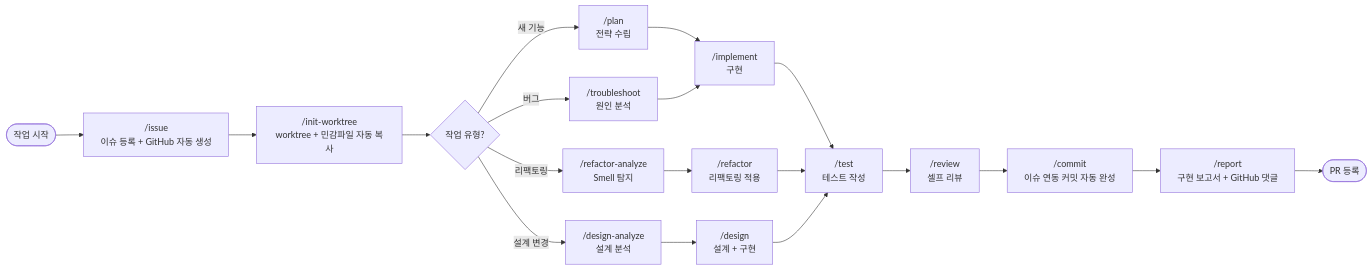
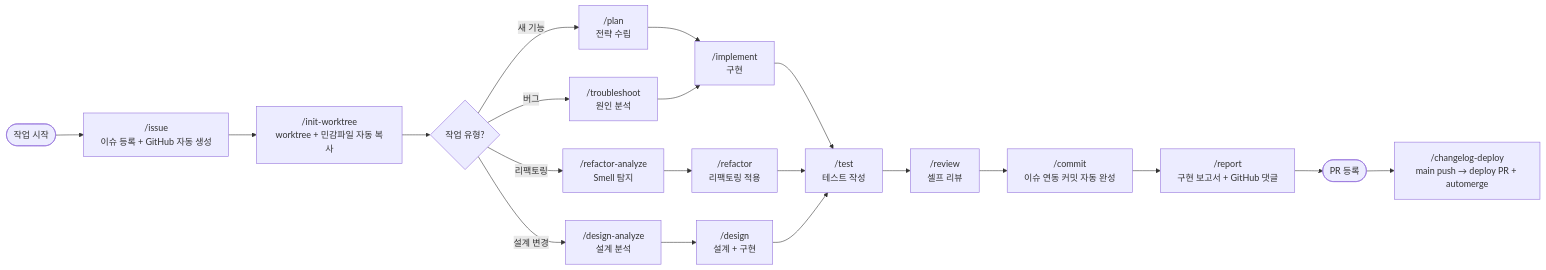
Before and after one commit to Cassiiopeia/SUH-DEVOPS-TEMPLATE: the diagram in docs/SKILLS.md, drawn with Mermaid. The commit also changed other lines of this file and 3 other files, not shown here.

Commit message:
📄[문서][README] README, SKILLS.md Skills 목록 24종으로 전면 개편 : docs : Skills 개수 24종 업데이트, changelog-deploy/github/skill-creator 누락 섹션 추가 https://github.com/Cassiiopeia/SUH-DEVOPS-TEMPLATE/issues/252

````diff
--- a/docs/SKILLS.md
+++ b/docs/SKILLS.md
@@ -377,25 +421,26 @@
 ```mermaid
 flowchart LR
     A([작업 시작]) --> B["/issue\n이슈 등록 + GitHub 자동 생성"]
     B --> C["/init-worktree\nworktree + 민감파일 자동 복사"]
     C --> D{작업 유형?}
 
     D -->|새 기능| E1["/plan\n전략 수립"]
     D -->|버그| E2["/troubleshoot\n원인 분석"]
     D -->|리팩토링| E3["/refactor-analyze\nSmell 탐지"]
     D -->|설계 변경| E4["/design-analyze\n설계 분석"]
 
     E1 --> F1["/implement\n구현"]
     E2 --> F1
     E3 --> F2["/refactor\n리팩토링 적용"]
     E4 --> F3["/design\n설계 + 구현"]
 
     F1 --> G["/test\n테스트 작성"]
     F2 --> G
     F3 --> G
 
     G --> H["/review\n셀프 리뷰"]
     H --> I["/commit\n이슈 연동 커밋 자동 완성"]
     I --> J["/report\n구현 보고서 + GitHub 댓글"]
     J --> K([PR 등록])
+    K --> L["/changelog-deploy\nmain push → deploy PR + automerge"]
 ```
````
